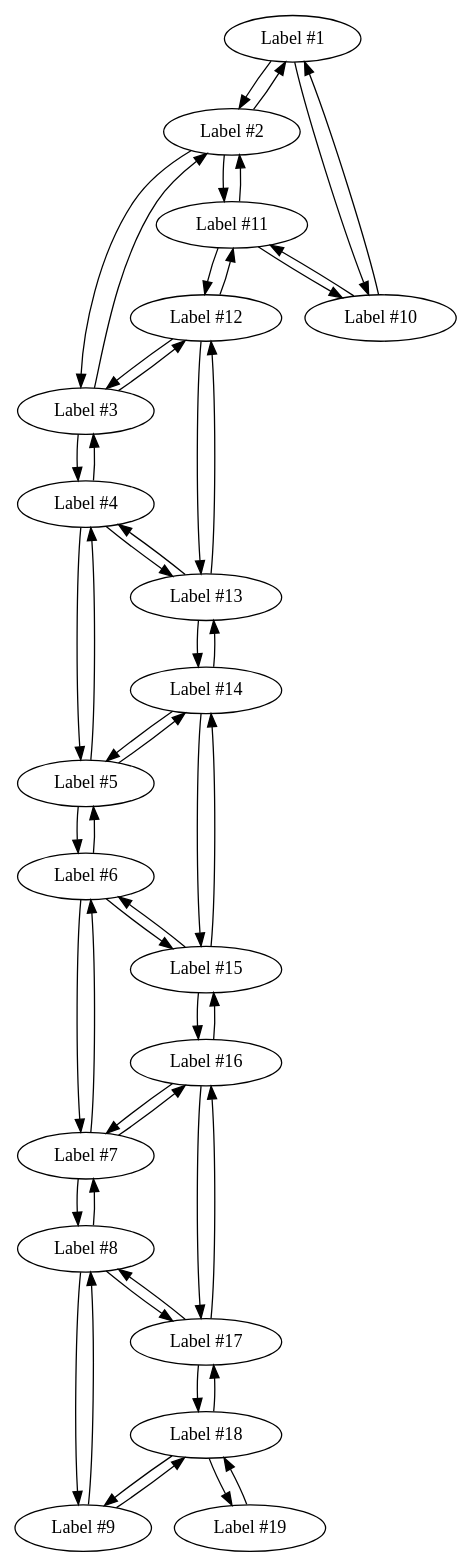
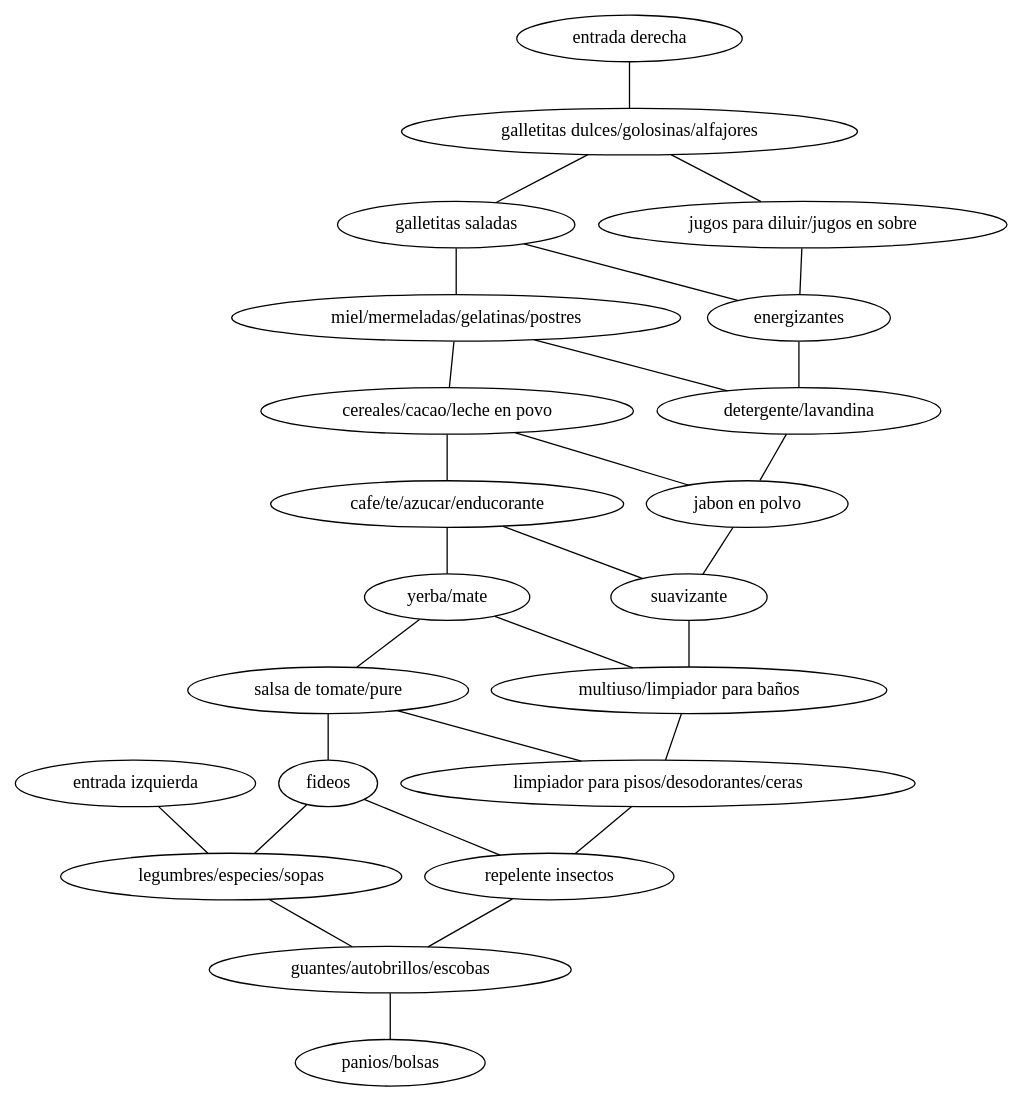
The diagram in output/supermarket.dot (hernanfiuba24/modelos3), drawn with Graphviz before and after one commit. The commit also changed 5 other files, not shown here.

Commit message:
layout graph (there're overlap)

```diff
--- a/output/supermarket.dot
+++ b/output/supermarket.dot
@@ -1,74 +1,52 @@
-strict digraph  {
+strict graph  {
 	node [label="\N"];
-	1	 [label="Label #1"];
-	2	 [label="Label #2"];
-	1 -> 2;
-	10	 [label="Label #10"];
-	1 -> 10;
-	2 -> 1;
-	3	 [label="Label #3"];
-	2 -> 3;
-	11	 [label="Label #11"];
-	2 -> 11;
-	10 -> 1;
-	10 -> 11;
-	3 -> 2;
-	4	 [label="Label #4"];
-	3 -> 4;
-	12	 [label="Label #12"];
-	3 -> 12;
-	11 -> 2;
-	11 -> 10;
-	11 -> 12;
-	4 -> 3;
-	5	 [label="Label #5"];
-	4 -> 5;
-	13	 [label="Label #13"];
-	4 -> 13;
-	12 -> 3;
-	12 -> 11;
-	12 -> 13;
-	5 -> 4;
-	6	 [label="Label #6"];
-	5 -> 6;
-	14	 [label="Label #14"];
-	5 -> 14;
-	13 -> 4;
-	13 -> 12;
-	13 -> 14;
-	6 -> 5;
-	7	 [label="Label #7"];
-	6 -> 7;
-	15	 [label="Label #15"];
-	6 -> 15;
-	14 -> 5;
-	14 -> 13;
-	14 -> 15;
-	7 -> 6;
-	8	 [label="Label #8"];
-	7 -> 8;
-	16	 [label="Label #16"];
-	7 -> 16;
-	15 -> 6;
-	15 -> 14;
-	15 -> 16;
-	8 -> 7;
-	9	 [label="Label #9"];
-	8 -> 9;
-	17	 [label="Label #17"];
-	8 -> 17;
-	16 -> 7;
-	16 -> 15;
-	16 -> 17;
-	9 -> 8;
-	18	 [label="Label #18"];
-	9 -> 18;
-	17 -> 8;
-	17 -> 16;
-	17 -> 18;
-	18 -> 9;
-	18 -> 17;
-	19	 [label="Label #19"];
-	18 -> 19;
-	19 -> 18;
+	0	 [label="entrada izquierda"];
+	10	 [label="legumbres/especies/sopas"];
+	0 -- 10;
+	19	 [label="guantes/autobrillos/escobas"];
+	10 -- 19;
+	1	 [label="entrada derecha"];
+	2	 [label="galletitas dulces/golosinas/alfajores"];
+	1 -- 2;
+	3	 [label="galletitas saladas"];
+	2 -- 3;
+	11	 [label="jugos para diluir/jugos en sobre"];
+	2 -- 11;
+	4	 [label="miel/mermeladas/gelatinas/postres"];
+	3 -- 4;
+	12	 [label=energizantes];
+	3 -- 12;
+	11 -- 12;
+	5	 [label="cereales/cacao/leche en povo"];
+	4 -- 5;
+	13	 [label="detergente/lavandina"];
+	4 -- 13;
+	12 -- 13;
+	6	 [label="cafe/te/azucar/enducorante"];
+	5 -- 6;
+	14	 [label="jabon en polvo"];
+	5 -- 14;
+	13 -- 14;
+	7	 [label="yerba/mate"];
+	6 -- 7;
+	15	 [label=suavizante];
+	6 -- 15;
+	14 -- 15;
+	8	 [label="salsa de tomate/pure"];
+	7 -- 8;
+	16	 [label="multiuso/limpiador para baños"];
+	7 -- 16;
+	15 -- 16;
+	9	 [label=fideos];
+	8 -- 9;
+	17	 [label="limpiador para pisos/desodorantes/ceras"];
+	8 -- 17;
+	16 -- 17;
+	9 -- 10;
+	18	 [label="repelente insectos"];
+	9 -- 18;
+	17 -- 18;
+	18 -- 19;
+	20	 [label="panios/bolsas"];
+	19 -- 20;
 }
```
